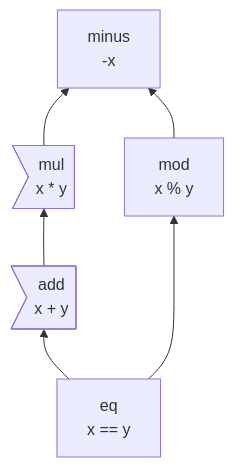
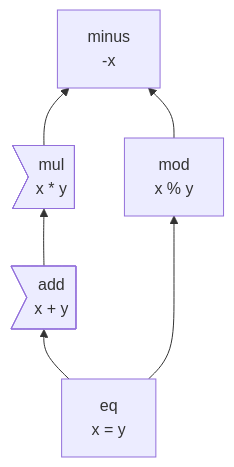
One commit to carbon-language/carbon-lang changed the diagram in executable_semantics/syntax/README.md. Above: the diagram before and after it, drawn with Mermaid. The commit also changed other lines of this file, not shown here.

````diff
--- a/executable_semantics/syntax/README.md
+++ b/executable_semantics/syntax/README.md
@@ -29,13 +29,13 @@
 ```mermaid
 graph BT
     %%{init: {'themeVariables': {'fontFamily': 'monospace'}}}%%
     minus["minus<br>-x"]
     mul>"mul<br>x * y"]
     add>"add<br>x + y"]
     mod["mod<br>x % y"]
-    eq["eq<br>x == y"]
+    eq["eq<br>x = y"]
 
     eq --> add & mod
     add --> mul
     mul & mod --> minus
 ```
````
